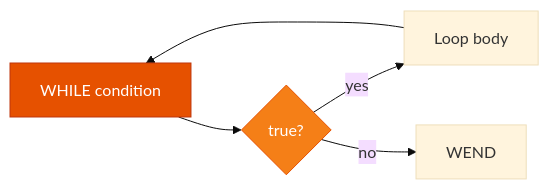
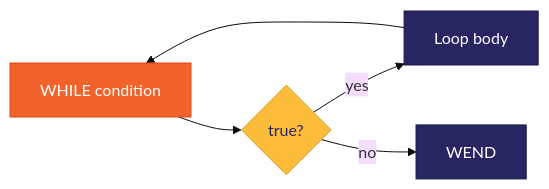
One commit to FoenixRetro/f256-superbasic changed the third of 4 diagrams in sphinx-docs/guide/structured_programming.md. Above: the diagram before and after it, drawn with Mermaid (base theme). The commit also changed other lines of this file and 13 other files, not shown here.

````diff
--- a/sphinx-docs/guide/structured_programming.md
+++ b/sphinx-docs/guide/structured_programming.md
@@ -258,9 +259,10 @@
 ```{mermaid}
 flowchart LR
-    WHILE["WHILE condition"] --> TEST{"true?"}
-    TEST -->|yes| BODY["Loop body"] --> WHILE
-    TEST -->|no| WEND["WEND"]
+    classDef primary fill:#272662,color:#fff,stroke:#1a1a4a
+    classDef secondary fill:#F1632B,color:#fff,stroke:#d14a1a
+    classDef highlight fill:#FDBB3A,color:#272662,stroke:#d4a030
 
-    style WHILE fill:#e65100,color:#fff,stroke:#bf360c
-    style TEST fill:#f57f17,color:#fff,stroke:#e65100
+    WHILE["WHILE condition"]:::secondary --> TEST{"true?"}:::highlight
+    TEST -->|yes| BODY["Loop body"]:::primary --> WHILE
+    TEST -->|no| WEND["WEND"]:::primary
 ```
````
